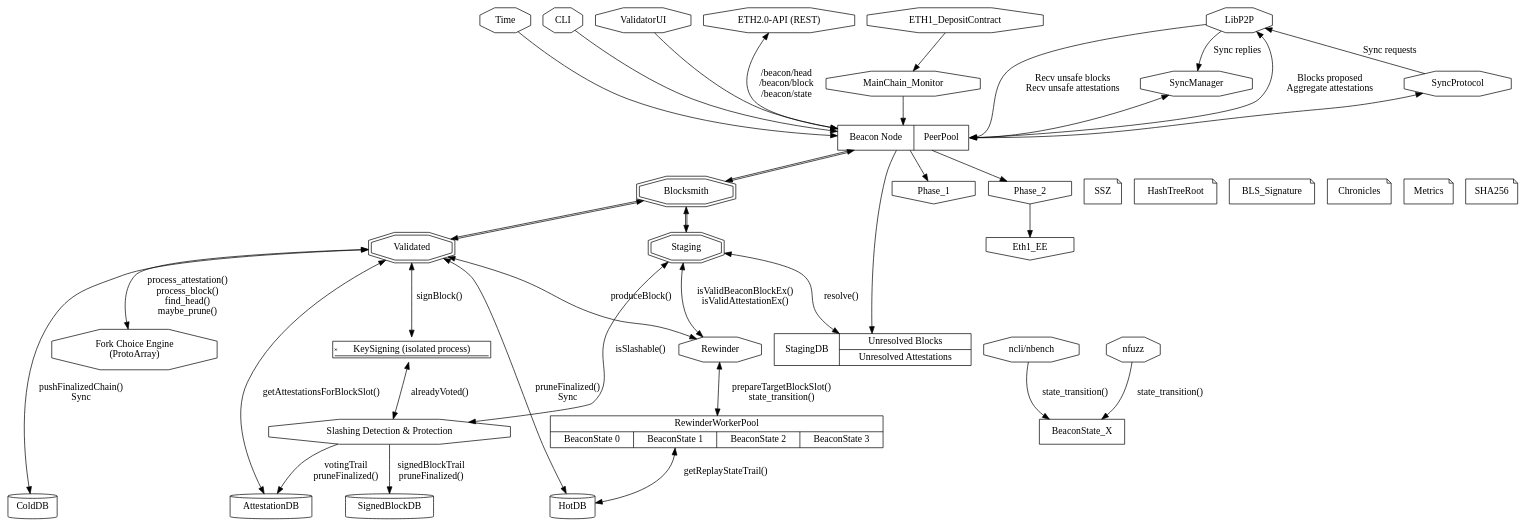
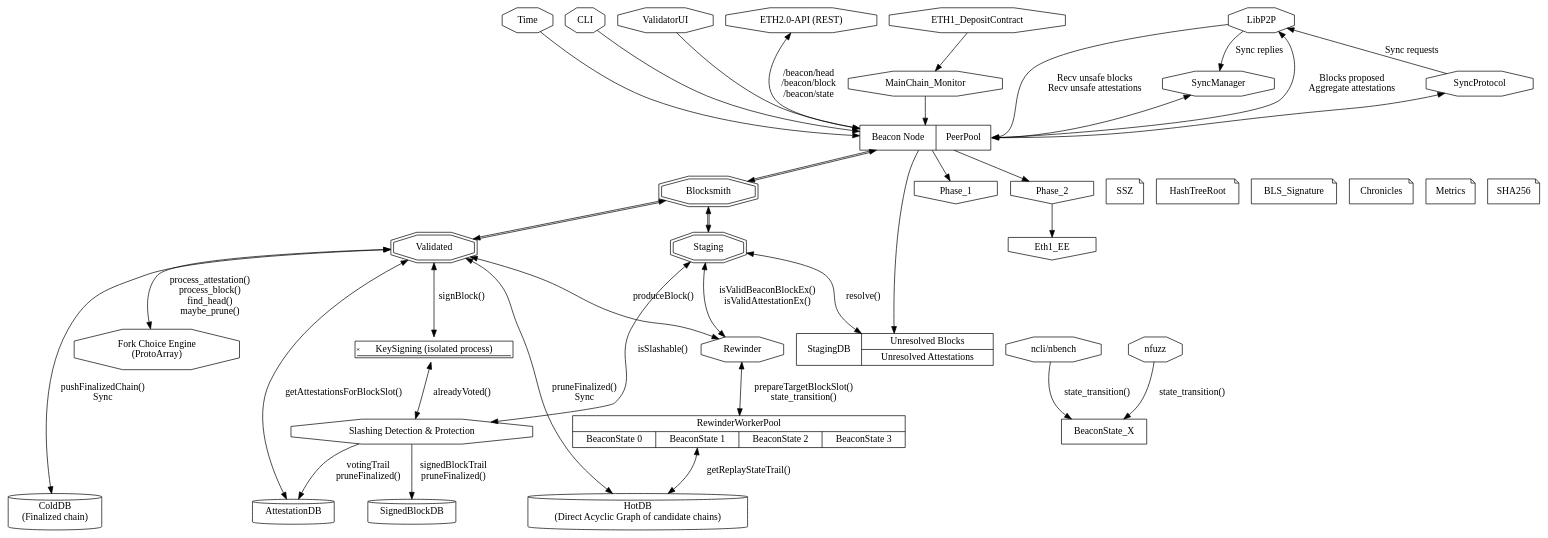
Before and after one commit to mratsim/blocksmith: the diagram in architecture_phase0.dot, drawn with Graphviz. The commit also changed 4 other files, not shown here.

```diff
--- a/architecture_phase0.dot
+++ b/architecture_phase0.dot
@@ -1,81 +1,83 @@
 digraph architecture{
   node [shape = signature]; KeySigning [label="KeySigning (isolated process)"];
   node [shape = octagon]; SyncManager SyncProtocol MainChain_Monitor Time CLI ValidatorUI Slashing LibP2P ETH2_API ncli nfuzz Rewinder ForkChoice;
   ETH2_API [label="ETH2.0-API (REST)"];
   Slashing [label="Slashing Detection & Protection"];
   ForkChoice [label="Fork Choice Engine\n(ProtoArray)"];
   {rank = source; ETH1_DepositContract LibP2P ETH2_API CLI Time ValidatorUI;}
 
   node [shape = record] BeaconNode;
   BeaconNode [label="<nbc>Beacon Node | <PeerPool>PeerPool"]
 
   ncli [label="ncli/nbench"];
   {rank = same; ncli; nfuzz;}
 
   node [shape = doubleoctagon]; Blocksmith Staging Validated;
   node [shape = invhouse]; Phase_1 Phase_2 Eth1_EE;
   node [shape = note] SSZ HashTreeRoot BLS_Signature Chronicles Metrics SHA256
   {rank = same; Blocksmith Phase_1 Phase_2 SSZ HashTreeRoot BLS_Signature Chronicles Metrics SHA256;}
 
   BeaconNode -> Phase_1
   BeaconNode -> Phase_2
   Phase_2 -> Eth1_EE
 
   node [shape = record]; StagingDB;
   StagingDB [label="StagingDB | {Unresolved Blocks | Unresolved Attestations}"];
 
   node [shape = record]; RewinderWorkerPool;
   node [shape = box]; BeaconState_X;
 
   RewinderWorkerPool [label="{RewinderWorkerPool | {<bs0>BeaconState 0|<bs1>BeaconState 1|<bs2>BeaconState 2|<bs3>BeaconState 3}}"];
   {rank = same; RewinderWorkerPool BeaconState_X;}
 
   node [shape = cylinder]; AttestationDB HotDB ColdDB;
   {rank = sink; AttestationDB SignedBlockDB HotDB ColdDB;}
+  HotDB [label="HotDB\n(Direct Acyclic Graph of candidate chains)"]
+  ColdDB [label="ColdDB\n(Finalized chain)"]
 
   {rank = same; MainChain_Monitor SyncManager SyncProtocol;}
   ETH1_DepositContract -> MainChain_Monitor
   MainChain_Monitor -> BeaconNode
 
   SyncManager -> BeaconNode:PeerPool [dir=both]
   SyncProtocol -> BeaconNode:PeerPool [dir=both]
 
   CLI -> BeaconNode
   ValidatorUI -> BeaconNode
   Time -> BeaconNode
   BeaconNode -> Blocksmith [dir=both color="black:black"]
   BeaconNode -> StagingDB
   Blocksmith -> Staging [dir=both color="black:black"]
   Blocksmith -> Validated [dir=both color="black:black"]
   Staging -> StagingDB [dir=both label="resolve()"]
 
   ncli -> BeaconState_X [label="state_transition()"]
   nfuzz -> BeaconState_X [label="state_transition()"]
 
   SyncProtocol -> LibP2P [label="Sync requests"]
   LibP2P -> SyncManager [label="Sync replies"]
 
   LibP2P -> BeaconNode:PeerPool [label="Recv unsafe blocks\nRecv unsafe attestations"]
   BeaconNode:PeerPool -> LibP2P [label="Blocks proposed\nAggregate attestations"]
   ETH2_API -> BeaconNode [dir="both", label="/beacon/head\n/beacon/block\n/beacon/state"]
 
   Validated -> ForkChoice [dir="both", label="process_attestation()\nprocess_block()\nfind_head()\nmaybe_prune()"]
 
   Staging -> Slashing [dir="both", label="isSlashable()"]
   Validated -> KeySigning [dir="both", label="signBlock()"]
   KeySigning -> Slashing [dir="both", label="alreadyVoted()"]
   Slashing -> AttestationDB [label="votingTrail\npruneFinalized()"]
   Slashing -> SignedBlockDB [label="signedBlockTrail\npruneFinalized()"]
   Validated -> AttestationDB [dir="both", label="getAttestationsForBlockSlot()"]
 
   Validated -> HotDB [dir="both", label="pruneFinalized()\nSync"]
 
   Rewinder -> RewinderWorkerPool [dir="both", label="prepareTargetBlockSlot()\nstate_transition()"]
   RewinderWorkerPool:bs1 -> HotDB [dir="both", label="getReplayStateTrail()"]
 
   Staging -> Rewinder [dir="both", label="isValidBeaconBlockEx()\nisValidAttestationEx()"]
   Validated -> Rewinder [dir="both", label="produceBlock()"]
 
 
   Validated -> ColdDB [dir="both", label="pushFinalizedChain()\nSync"]
 }
```
